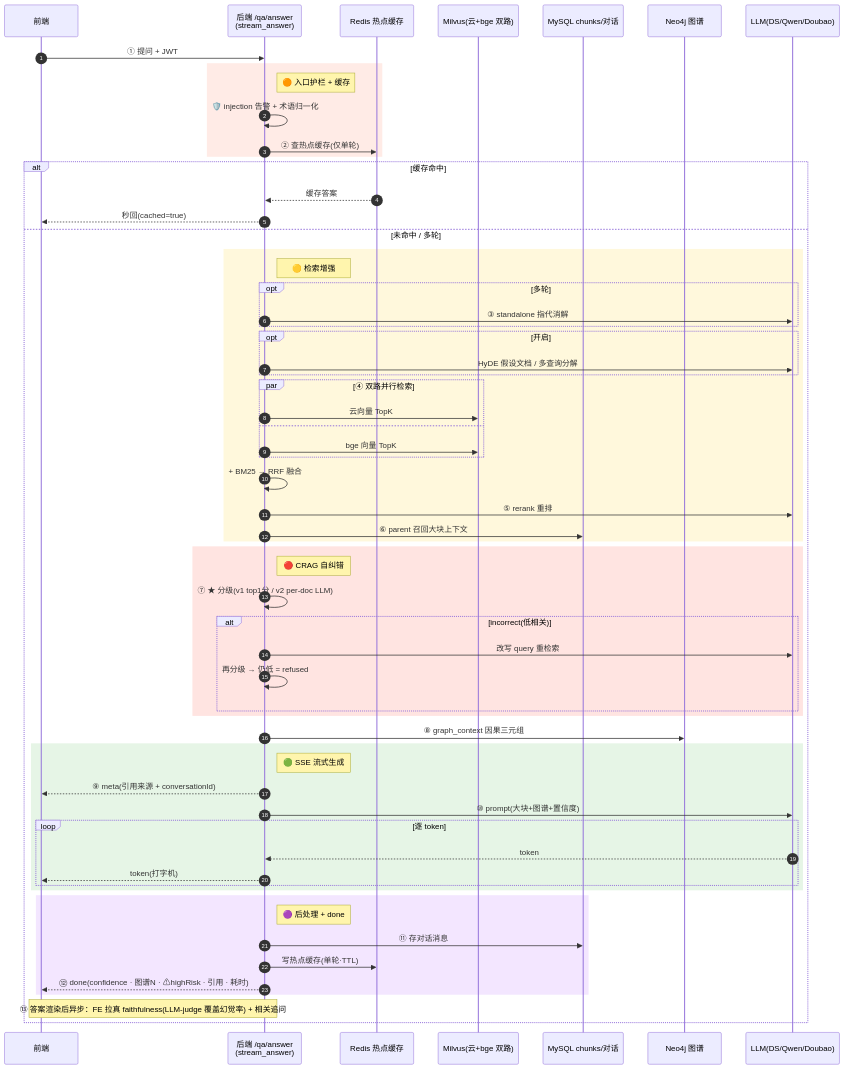
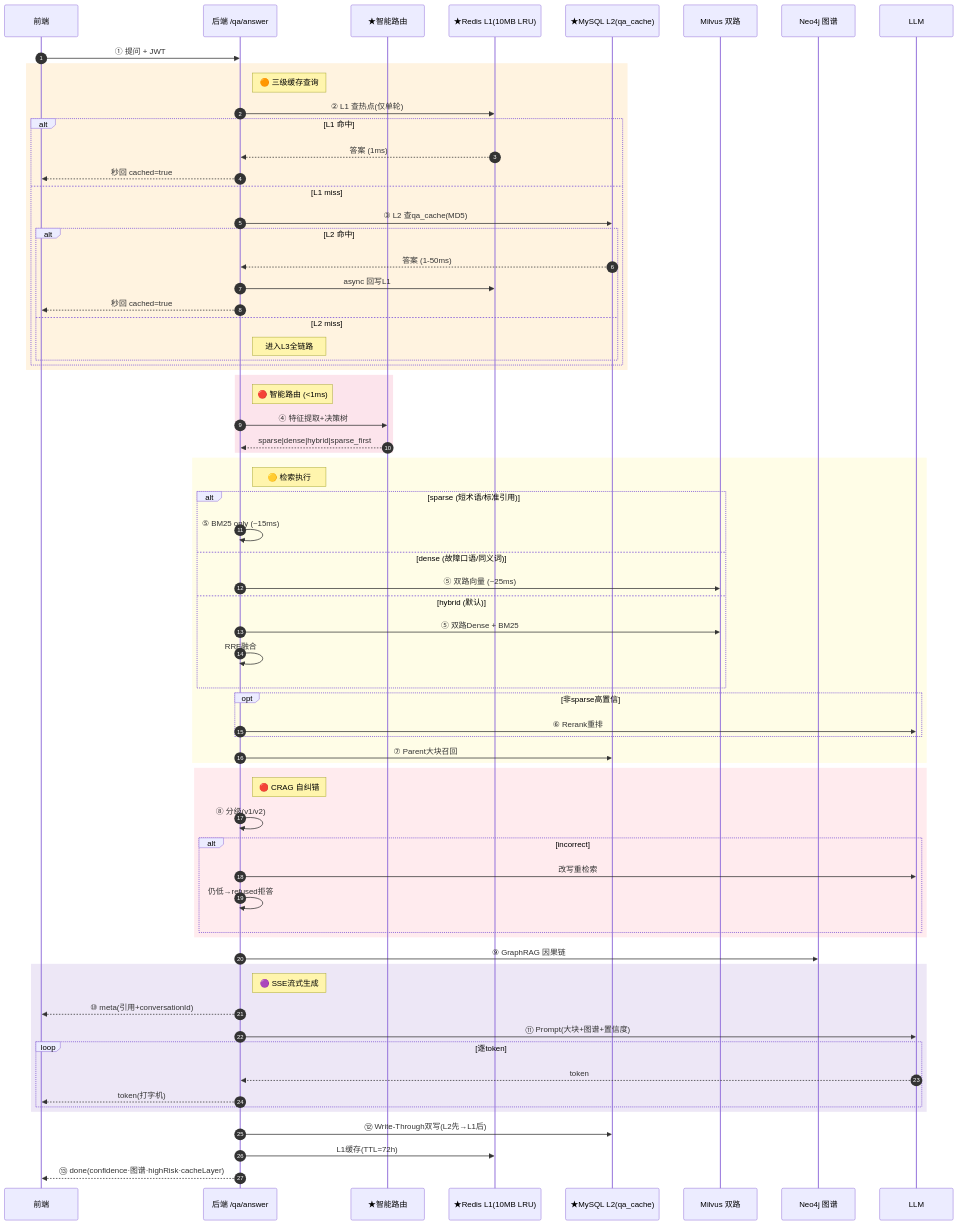
One commit to zhyese/grid-qa changed the second of 3 diagrams in README.md. Above: the diagram before and after it, drawn with Mermaid. The commit also changed other lines of this file, not shown here.

First line of the commit message:
docs: 重写 README — 更新全部流程图(三级缓存+智能路由+CRAG时序) + 精简结构

````diff
--- a/README.md
+++ b/README.md
@@ -306,74 +105,79 @@
 ```mermaid
 sequenceDiagram
     autonumber
-    %% 注：本序列为智能问答(/qa/answer)固定 RAG 管线；🤖深度诊断(/domain/diagnose-agent)是独立 function-calling agent 流，见架构图③领域
     participant FE as 前端
-    participant BE as 后端 /qa/answer<br/>(stream_answer)
-    participant Redis as Redis 热点缓存
-    participant Milvus as Milvus(云+bge 双路)
-    participant MySQL as MySQL chunks/对话
+    participant BE as 后端 /qa/answer
+    participant Router as ★智能路由
+    participant Redis as ★Redis L1(10MB LRU)
+    participant MySQL as ★MySQL L2(qa_cache)
+    participant Milvus as Milvus 双路
     participant Neo4j as Neo4j 图谱
-    participant LLM as LLM(DS/Qwen/Doubao)
+    participant LLM as LLM
 
     FE->>BE: ① 提问 + JWT
 
-    rect rgb(255, 235, 230)
-        Note right of BE: 🟠 入口护栏 + 缓存
-        BE->>BE: 🛡️ injection 告警 + 术语归一化
-        BE->>Redis: ② 查热点缓存(仅单轮)
+    rect rgb(255, 243, 224)
+        Note right of BE: 🟠 三级缓存查询
+        BE->>Redis: ② L1 查热点(仅单轮)
+        alt L1 命中
+            Redis-->>BE: 答案 (1ms)
+            BE-->>FE: 秒回 cached=true
+        else L1 miss
+            BE->>MySQL: ③ L2 查qa_cache(MD5)
+            alt L2 命中
+                MySQL-->>BE: 答案 (1-50ms)
+                BE->>Redis: async 回写L1
+                BE-->>FE: 秒回 cached=true
+            else L2 miss
+                Note right of BE: 进入L3全链路
+            end
+        end
     end
 
-    alt 缓存命中
-        Redis-->>BE: 缓存答案
-        BE-->>FE: 秒回(cached=true)
-    else 未命中 / 多轮
+    rect rgb(252, 228, 236)
+        Note right of BE: 🔴 智能路由 (<1ms)
+        BE->>Router: ④ 特征提取+决策树
+        Router-->>BE: sparse|dense|hybrid|sparse_first
+    end
 
-        rect rgb(255, 248, 220)
-            Note right of BE: 🟡 检索增强
-            opt 多轮
-                BE->>LLM: ③ standalone 指代消解
-            end
-            opt 开启
-                BE->>LLM: HyDE 假设文档 / 多查询分解
-            end
-            par ④ 双路并行检索
-                BE->>Milvus: 云向量 TopK
-            and
-                BE->>Milvus: bge 向量 TopK
-            end
-            BE->>BE: + BM25 → RRF 融合
-            BE->>LLM: ⑤ rerank 重排
-            BE->>MySQL: ⑥ parent 召回大块上下文
+    rect rgb(255, 253, 231)
+        Note right of BE: 🟡 检索执行
+        alt sparse (短术语/标准引用)
+            BE->>BE: ⑤ BM25 only (~15ms)
+        else dense (故障口语/同义词)
+            BE->>Milvus: ⑤ 双路向量 (~25ms)
+        else hybrid (默认)
+            BE->>Milvus: ⑤ 双路Dense + BM25
+            BE->>BE: RRF融合
         end
+        opt 非sparse高置信
+            BE->>LLM: ⑥ Rerank重排
+        end
+        BE->>MySQL: ⑦ Parent大块召回
+    end
 
-        rect rgb(255, 228, 225)
-            Note right of BE: 🔴 CRAG 自纠错
-            BE->>BE: ⑦ ★ 分级(v1 top1分 / v2 per-doc LLM)
-            alt incorrect(低相关)
-                BE->>LLM: 改写 query 重检索
-                BE->>BE: 再分级 → 仍低 = refused
-            end
+    rect rgb(255, 235, 238)
+        Note right of BE: 🔴 CRAG 自纠错
+        BE->>BE: ⑧ 分级(v1/v2)
+        alt incorrect
+            BE->>LLM: 改写重检索
+            BE->>BE: 仍低→refused拒答
         end
+    end
 
-        BE->>Neo4j: ⑧ graph_context 因果三元组
+    BE->>Neo4j: ⑨ GraphRAG 因果链
 
-        rect rgb(230, 245, 230)
-            Note right of BE: 🟢 SSE 流式生成
-            BE-->>FE: ⑨ meta(引用来源 + conversationId)
-            BE->>LLM: ⑩ prompt(大块+图谱+置信度)
-            loop 逐 token
-                LLM-->>BE: token
-                BE-->>FE: token(打字机)
-            end
+    rect rgb(237, 231, 246)
+        Note right of BE: 🟣 SSE流式生成
+        BE-->>FE: ⑩ meta(引用+conversationId)
+        BE->>LLM: ⑪ Prompt(大块+图谱+置信度)
+        loop 逐token
+            LLM-->>BE: token
+            BE-->>FE: token(打字机)
         end
+    end
 
-        rect rgb(243, 230, 255)
-            Note right of BE: 🟣 后处理 + done
-            BE->>MySQL: ⑪ 存对话消息
-            BE->>Redis: 写热点缓存(单轮·TTL)
-            BE-->>FE: ⑫ done(confidence · 图谱N · ⚠highRisk · 引用 · 耗时)
-        end
-
-        Note over FE,BE: ⑬ 答案渲染后异步：FE 拉真 faithfulness(LLM-judge 覆盖幻觉率) + 相关追问
-    end
+    BE->>MySQL: ⑫ Write-Through双写(L2先→L1后)
+    BE->>Redis: L1缓存(TTL=72h)
+    BE-->>FE: ⑬ done(confidence·图谱·highRisk·cacheLayer)
 ```
````
